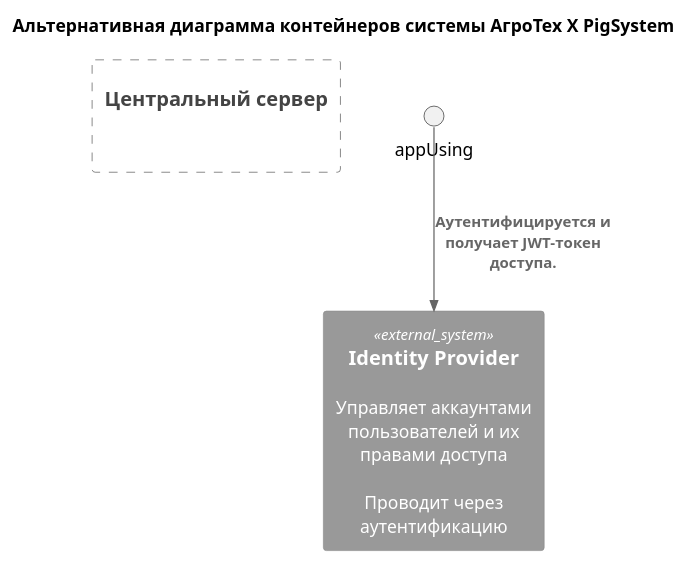
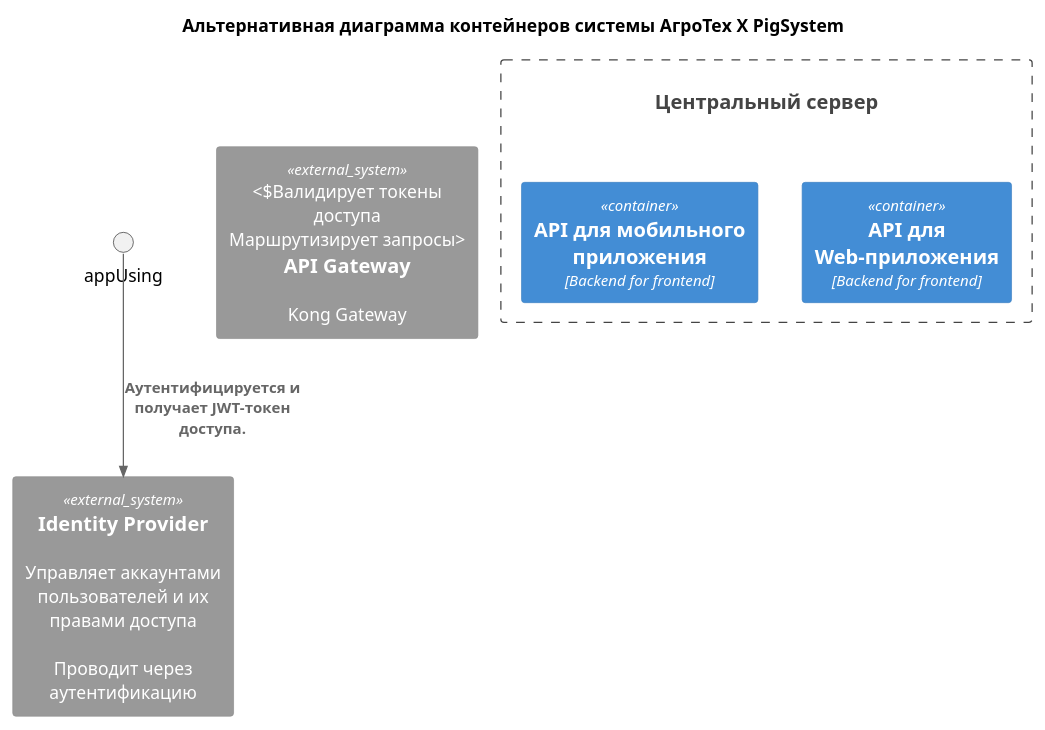
The diagram in Task2/Container-alternate.puml (ane-ta/ms-agrotech), drawn with PlantUML before and after one commit.

Commit message:
docs: C2Main - Container alternate nodes added

```diff
--- a/Task2/Container-alternate.puml
+++ b/Task2/Container-alternate.puml
@@ -2,17 +2,19 @@
 @startuml
 title Альтернативная диаграмма контейнеров системы АгроТех Х PigSystem
 
 '!includeurl https://raw.githubusercontent.com/RicardoNiepel/C4-PlantUML/master/C4_Component.puml
 !include ../C4_Component.puml
 
 System_Ext(cntIdP, "Identity Provider", "Управляет аккаунтами пользователей и их правами доступа\n\nПроводит через аутентификацию")
+System_Ext(cntAPIGateway, "API Gateway", "Kong Gateway", "Валидирует токены доступа\nМаршрутизирует запросы")
 
 System(backCenter, "Центральный сервер"," ")
 Container_Boundary(backCenter, "") {
-    
+    Container(bffWeb, "API для Web-приложения", "Backend for frontend")
+    Container(bffMobile, "API для мобильного приложения", "Backend for frontend")
 }
 
 Rel(appUsing, cntIdP, "Аутентифицируется и получает JWT-токен доступа.")
 
 
 @enduml
```
